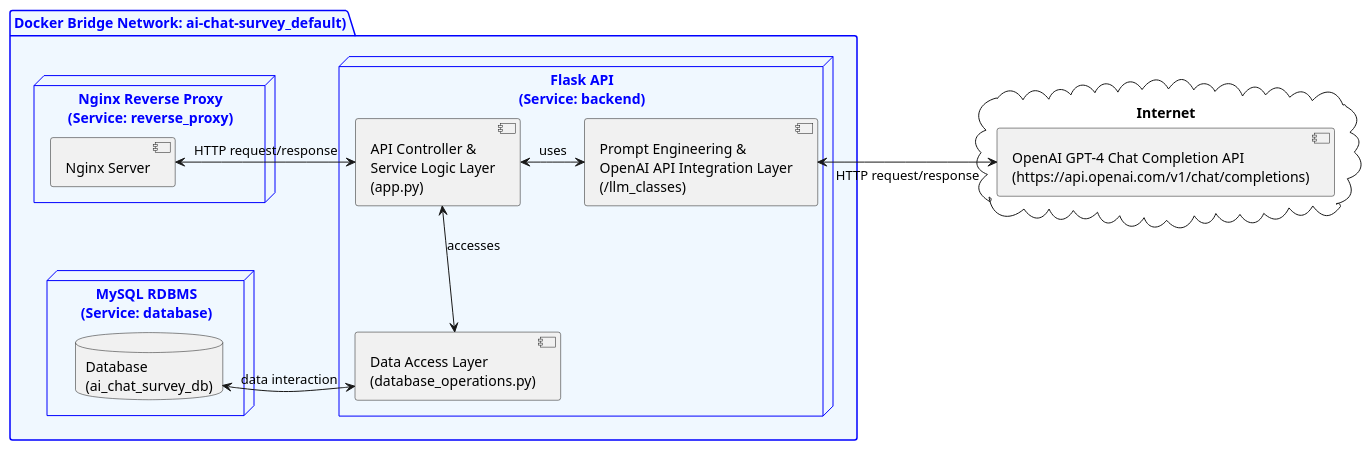
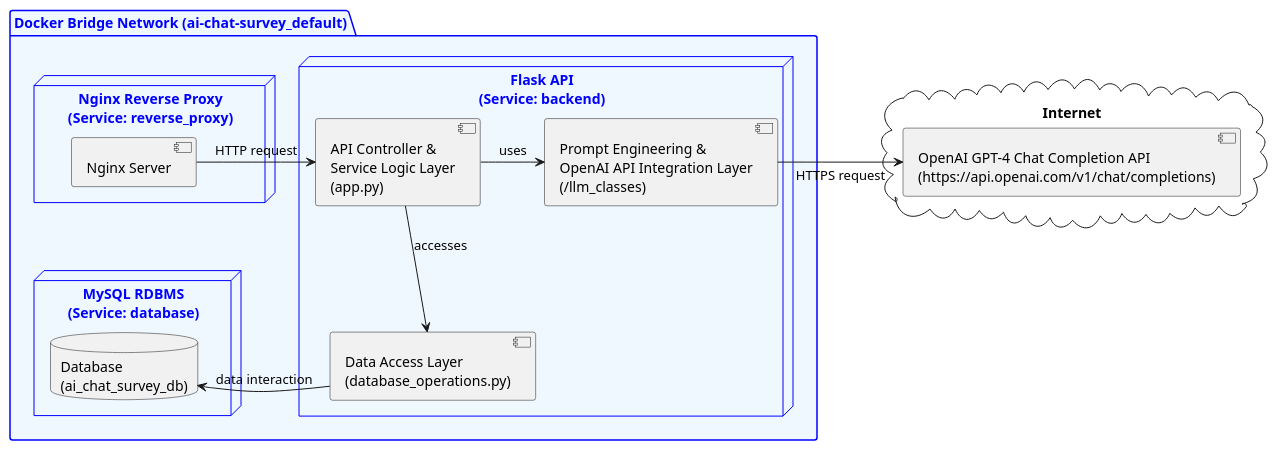
One commit to pakshuang/ai-chat-survey changed the diagram in docs/diagrams/src/backend-architecture.plantuml. Above: the diagram before and after it, drawn with PlantUML. The commit also changed 8 other files, not shown here.

```diff
--- a/docs/diagrams/src/backend-architecture.plantuml
+++ b/docs/diagrams/src/backend-architecture.plantuml
@@ -1,30 +1,31 @@
 @startuml backend-architecture
 
-package "Docker Bridge Network: ai-chat-survey_default)" #aliceblue;line:blue;text:blue {
+package "Docker Bridge Network (ai-chat-survey_default)" #aliceblue;line:blue;text:blue {
     node "Flask API\n(Service: backend)" as backend #aliceblue;line:blue;text:blue {
         [Prompt Engineering &\nOpenAI API Integration Layer\n(/llm_classes)] as OA
         [API Controller &\nService Logic Layer\n(app.py)] as API
         [Data Access Layer\n(database_operations.py)] as DAL
     }
 
     node "Nginx Reverse Proxy\n(Service: reverse_proxy)" as reverse_proxy #aliceblue;line:blue;text:blue {
         [Nginx Server] as nginx
     }
 
     node "MySQL RDBMS\n(Service: database)" as database #aliceblue;line:blue;text:blue {
         database "Database\n(ai_chat_survey_db)" as DB
     }
-    
-    nginx <-right-> API : HTTP request/response
-    API <-down-> DAL : accesses
-    DAL <-right-> DB : data interaction
-    OA <-left-> API : uses
+
+    nginx -right-> API : HTTP request
+    API -down-> DAL : accesses
+    DAL -right-> DB : data interaction
+    OA <-left- API : uses
 }
 
 cloud "Internet" {
     [OpenAI GPT-4 Chat Completion API\n(https://api.openai.com/v1/chat/completions)]  as chat_api
-} 
+}
 
-OA <-right-> chat_api: HTTP request/response
+
+OA -right-> chat_api: HTTPS request
 
 @enduml
```
